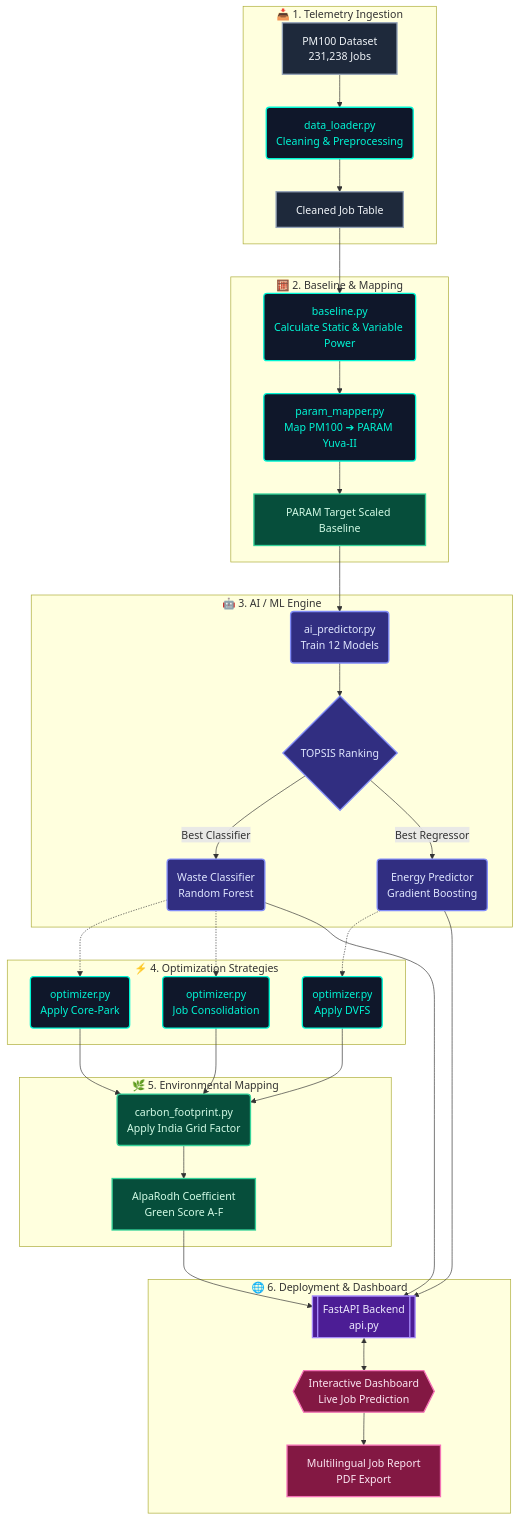
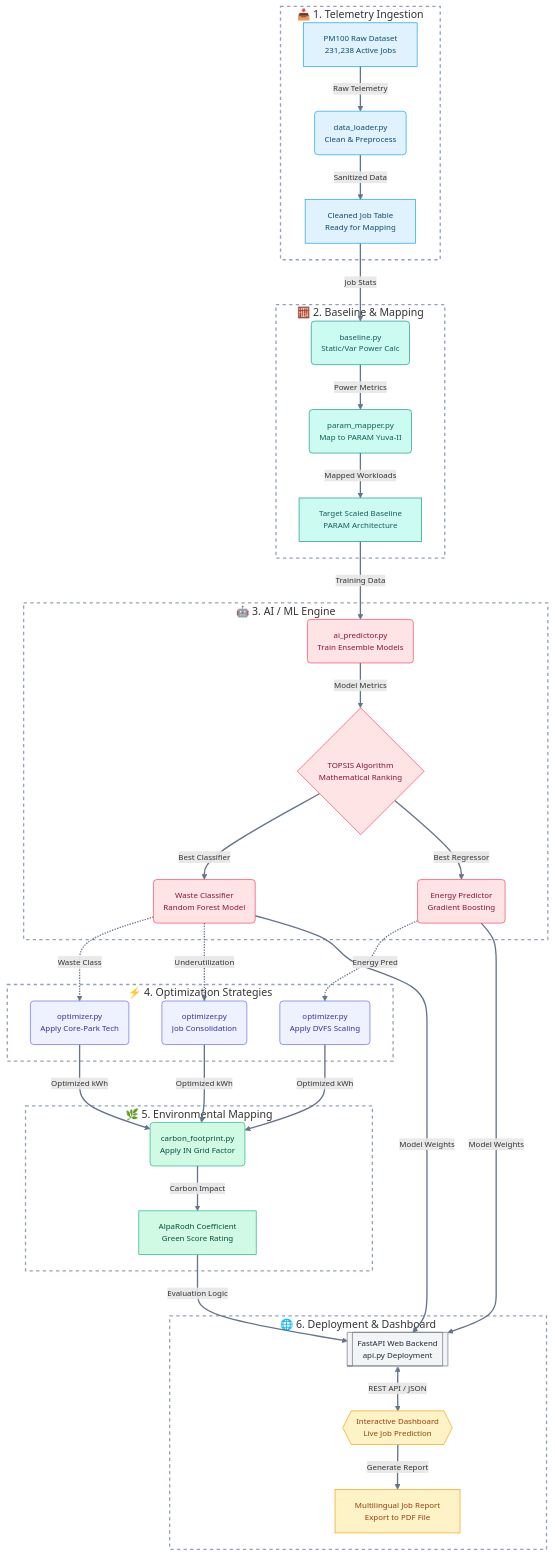
The diagram in system_architecture.md (Smarth2005/Project-AlpaRodh), drawn with Mermaid before and after one commit. The commit also changed 2 other files, not shown here.

Commit message:
docs: update system architecture diagram and refine README badges

````diff
--- a/system_architecture.md
+++ b/system_architecture.md
@@ -9,52 +9,62 @@
 ```mermaid
 graph TD
-    %% Styling
-    classDef dataset fill:#1e293b,stroke:#94a3b8,stroke-width:2px,color:#f1f5f9
-    classDef process fill:#0f172a,stroke:#00f5d4,stroke-width:2px,color:#00f5d4
-    classDef model fill:#312e81,stroke:#818cf8,stroke-width:2px,color:#e0e7ff
-    classDef target fill:#064e3b,stroke:#34d399,stroke-width:2px,color:#d1fae5
-    classDef output fill:#4c1d95,stroke:#a78bfa,stroke-width:2px,color:#ede9fe
-    classDef UI fill:#831843,stroke:#f472b6,stroke-width:2px,color:#fce7f3
+    %% Bright & Sophisticated Inner Box Styling (Font Size 12px)
+    classDef dataset fill:#E0F2FE,stroke:#0EA5E9,stroke-width:1px,color:#0C4A6E,font-size:12px
+    classDef baseline fill:#CCFBF1,stroke:#0D9488,stroke-width:1px,color:#115E59,font-size:12px
+    classDef process fill:#EEF2FF,stroke:#6366F1,stroke-width:1px,color:#3730A3,font-size:12px
+    classDef model fill:#FFE4E6,stroke:#F43F5E,stroke-width:1px,color:#881337,font-size:12px
+    classDef target fill:#D1FAE5,stroke:#10B981,stroke-width:1px,color:#064E3B,font-size:12px
+    classDef output fill:#F3F4F6,stroke:#6B7280,stroke-width:1px,color:#1F2937,font-size:12px
+    classDef UI fill:#FEF3C7,stroke:#F59E0B,stroke-width:1px,color:#92400E,font-size:12px
+
+    %% Edge Styling (Font Size 12px)
+    linkStyle default font-size:12px,stroke:#64748B,stroke-width:2px;
 
     %% 1. Ingestion Phase
     subgraph Data_Ingestion ["📥 1. Telemetry Ingestion"]
-        A[PM100 Dataset<br/>231,238 Jobs]:::dataset --> B(data_loader.py<br/>Cleaning & Preprocessing):::process
-        B --> C[Cleaned Job Table]:::dataset
+        A[PM100 Raw Dataset<br/>231,238 Active Jobs]:::dataset -->|Raw Telemetry| B(data_loader.py<br/>Clean & Preprocess):::dataset
+        B -->|Sanitized Data| C[Cleaned Job Table<br/>Ready for Mapping]:::dataset
     end
+    style Data_Ingestion fill:none,stroke:#94A3B8,stroke-width:2px,stroke-dasharray: 5 5
 
     %% 2. Baseline & Mapping Phase
     subgraph Baseline_Mapping ["🧮 2. Baseline & Mapping"]
-        C --> D(baseline.py<br/>Calculate Static & Variable Power):::process
-        D --> E(param_mapper.py<br/>Map PM100 ➔ PARAM Yuva-II):::process
-        E --> F[PARAM Target Scaled Baseline]:::target
+        C -->|Job Stats| D(baseline.py<br/>Static/Var Power Calc):::baseline
+        D -->|Power Metrics| E(param_mapper.py<br/>Map to PARAM Yuva-II):::baseline
+        E -->|Mapped Workloads| F[Target Scaled Baseline<br/>PARAM Architecture]:::baseline
     end
+    style Baseline_Mapping fill:none,stroke:#94A3B8,stroke-width:2px,stroke-dasharray: 5 5
 
     %% 3. AI Training Phase
     subgraph AI_Engine ["🤖 3. AI / ML Engine"]
-        F --> G(ai_predictor.py<br/>Train 12 Models):::model
-        G --> H{TOPSIS Ranking}:::model
-        H --> |Best Classifier| I(Waste Classifier<br/>Random Forest):::model
-        H --> |Best Regressor| J(Energy Predictor<br/>Gradient Boosting):::model
+        F -->|Training Data| G(ai_predictor.py<br/>Train Ensemble Models):::model
+        G -->|Model Metrics| H{TOPSIS Algorithm<br/>Mathematical Ranking}:::model
+        H -->|Best Classifier| I(Waste Classifier<br/>Random Forest Model):::model
+        H -->|Best Regressor| J(Energy Predictor<br/>Gradient Boosting):::model
     end
+    style AI_Engine fill:none,stroke:#94A3B8,stroke-width:2px,stroke-dasharray: 5 5
 
     %% 4. Optimization Phase
     subgraph Optimization ["⚡ 4. Optimization Strategies"]
-        I -.-> K(optimizer.py<br/>Apply Core-Park):::process
-        J -.-> L(optimizer.py<br/>Apply DVFS):::process
-        I -.-> M(optimizer.py<br/>Job Consolidation):::process
+        I -.->|Waste Class| K(optimizer.py<br/>Apply Core-Park Tech):::process
+        J -.->|Energy Pred| L(optimizer.py<br/>Apply DVFS Scaling):::process
+        I -.->|Underutilization| M(optimizer.py<br/>Job Consolidation):::process
     end
+    style Optimization fill:none,stroke:#94A3B8,stroke-width:2px,stroke-dasharray: 5 5
 
     %% 5. Carbon Footprint Engine
     subgraph Environment ["🌿 5. Environmental Mapping"]
-        K & L & M --> N(carbon_footprint.py<br/>Apply India Grid Factor):::target
-        N --> O[AlpaRodh Coefficient<br/>Green Score A-F]:::target
+        K & L & M -->|Optimized kWh| N(carbon_footprint.py<br/>Apply IN Grid Factor):::target
+        N -->|Carbon Impact| O[AlpaRodh Coefficient<br/>Green Score Rating]:::target
     end
+    style Environment fill:none,stroke:#94A3B8,stroke-width:2px,stroke-dasharray: 5 5
 
     %% 6. Deployment / UI
     subgraph Deployment ["🌐 6. Deployment & Dashboard"]
-        I & J --> P[[FastAPI Backend<br/>api.py]]:::output
-        O --> P
-        P <--> Q{{Interactive Dashboard<br/>Live Job Prediction}}:::UI
-        Q --> R[Multilingual Job Report<br/>PDF Export]:::UI
+        I & J -->|Model Weights| P[[FastAPI Web Backend<br/>api.py Deployment]]:::output
+        O -->|Evaluation Logic| P
+        P <-->|REST API / JSON| Q{{Interactive Dashboard<br/>Live Job Prediction}}:::UI
+        Q -->|Generate Report| R[Multilingual Job Report<br/>Export to PDF File]:::UI
     end
+    style Deployment fill:none,stroke:#94A3B8,stroke-width:2px,stroke-dasharray: 5 5
 ```
````
